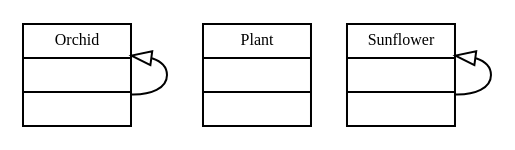
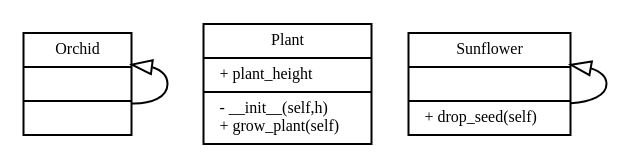
One commit to Braedennz/BCPR301_Assignment-Two_Python-Parser_Refactored changed the diagram in src/tmp/class.dot. Above: the diagram before and after it, drawn with Graphviz. The commit also changed 1 other file, not shown here.

```diff
--- a/src/tmp/class.dot
+++ b/src/tmp/class.dot
@@ -1,30 +1,30 @@
 
                     digraph G {
                         rankdir=BT
                         node [
                             fontname = "Sans Not-Rotated 8"
                             fontsize = 8
                             shape = "record"
                         ]
                         edge [
                             fontname = "Sans Not-Rotated 8"
                             fontsize = 8
                         ]
                     subgraph {
 Orchid [
 label = "{Orchid||}"
 ]
 Plant [
-label = "{Plant||}"
+label = "{Plant|+ plant_height\l|- __init__(self,h)\l+ grow_plant(self)\l}"
 ]
 Sunflower [
-label = "{Sunflower||}"
+label = "{Sunflower||+ drop_seed(self)\l}"
 ]
 }
 
                     edge [
                         arrowhead = "empty"
                     ]
                 Orchid -> Orchid
 Sunflower -> Sunflower
 }
```
